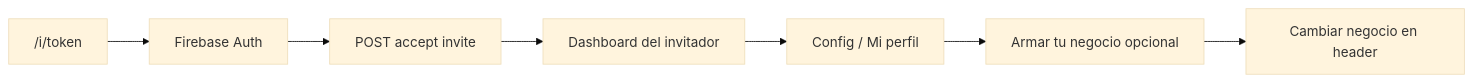
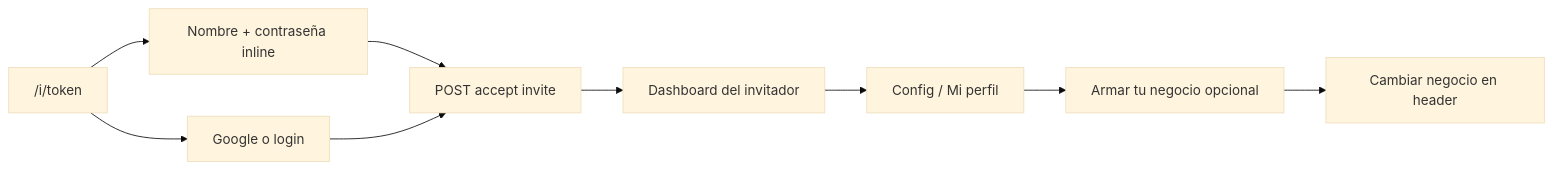
One commit to jonatha1992/tablero_control changed the diagram in docs/invites-and-accounts.md. Above: the diagram before and after it, drawn with Mermaid (base theme). The commit also changed other lines of this file and 99 other files, not shown here.

````diff
--- a/docs/invites-and-accounts.md
+++ b/docs/invites-and-accounts.md
@@ -21,9 +21,11 @@
 ```mermaid
 flowchart LR
-  invite["/i/token"] --> auth[Firebase Auth]
-  auth --> accept["POST accept invite"]
+  invite["/i/token"] --> signup["Nombre + contraseña inline"]
+  signup --> accept["POST accept invite"]
+  invite --> authAlt[Google o login]
+  authAlt --> accept
   accept --> dash[Dashboard del invitador]
   dash --> config[Config / Mi perfil]
   config --> create["Armar tu negocio opcional"]
   create --> switch[Cambiar negocio en header]
 ```
````
